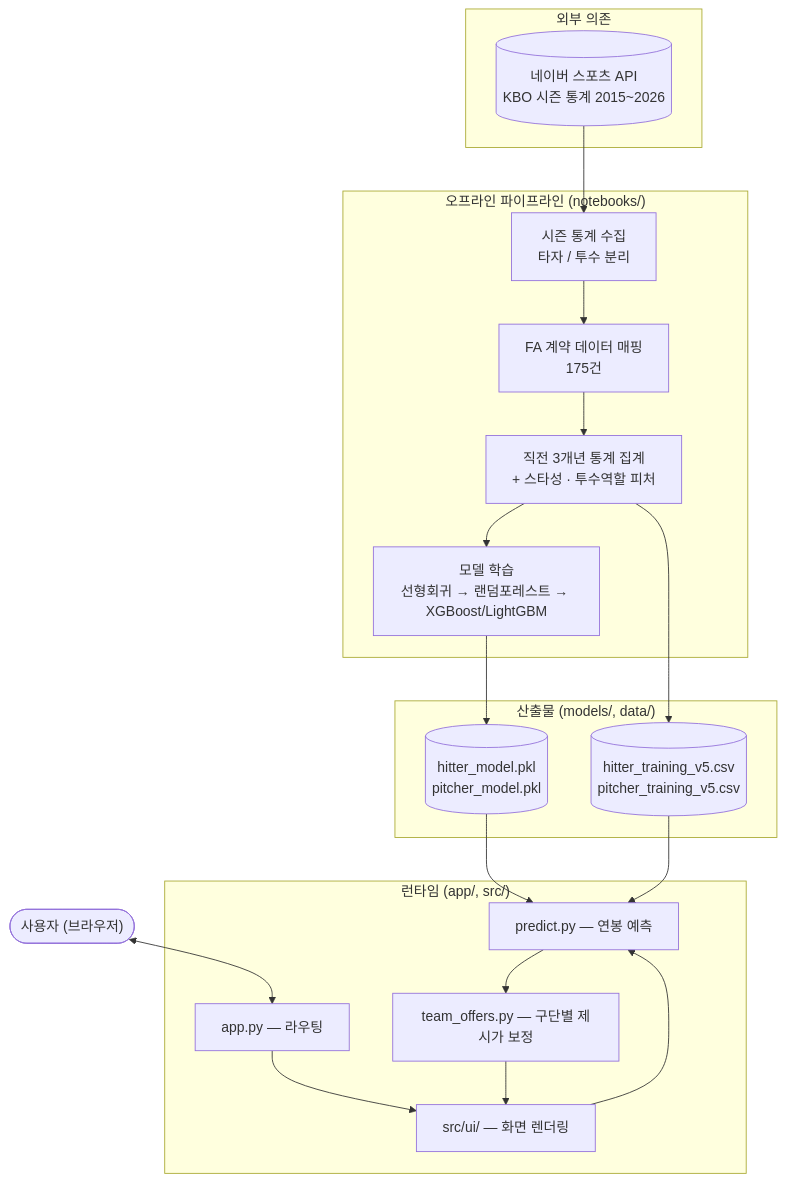
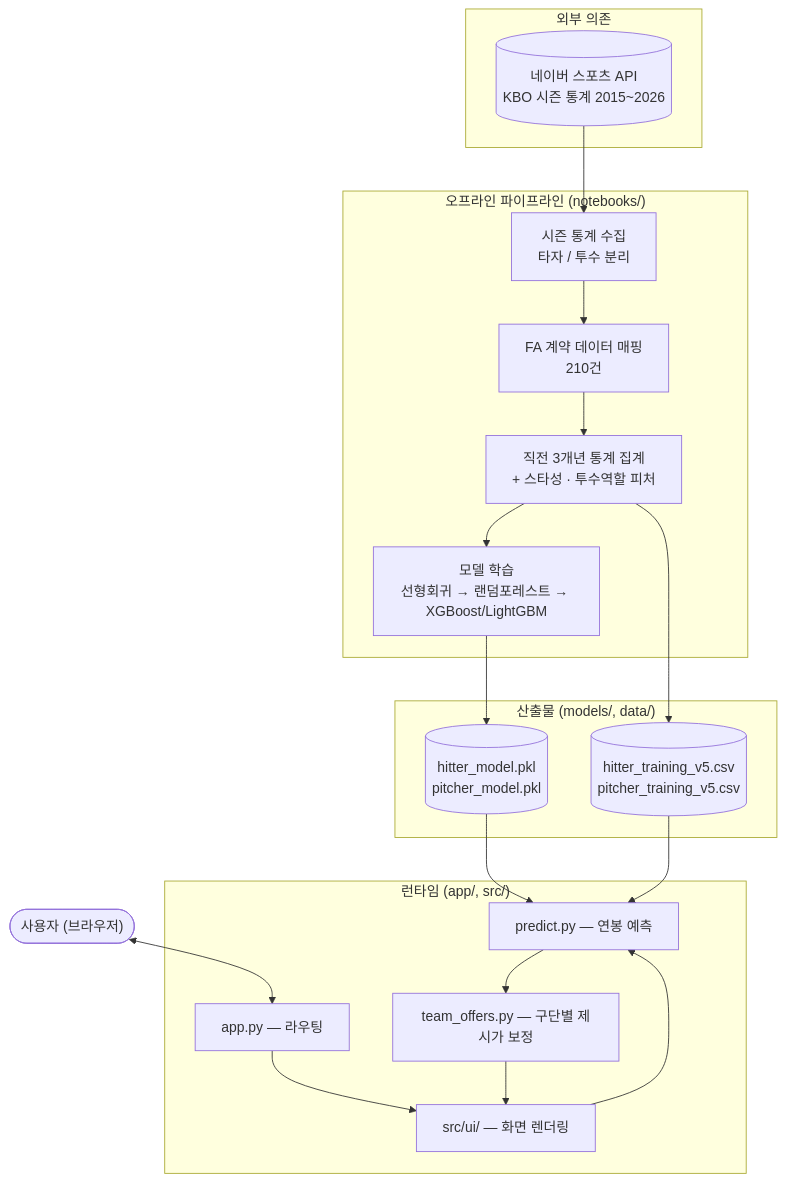
One commit to jjssspark/SalaryCast_AI changed the diagram in README.md. Above: the diagram before and after it, drawn with Mermaid. The commit also changed other lines of this file and 43 other files, not shown here.

````diff
--- a/README.md
+++ b/README.md
@@ -245,36 +251,36 @@
 ```mermaid
 flowchart TD
     subgraph external["외부 의존"]
         naver[("네이버 스포츠 API<br/>KBO 시즌 통계 2015~2026")]
     end
 
     subgraph offline["오프라인 파이프라인 (notebooks/)"]
         collect["시즌 통계 수집<br/>타자 / 투수 분리"]
-        fa["FA 계약 데이터 매핑<br/>175건"]
+        fa["FA 계약 데이터 매핑<br/>210건"]
         agg["직전 3개년 통계 집계<br/>+ 스타성 · 투수역할 피처"]
         train["모델 학습<br/>선형회귀 → 랜덤포레스트 → XGBoost/LightGBM"]
     end
 
     subgraph models["산출물 (models/, data/)"]
         pkl[("hitter_model.pkl<br/>pitcher_model.pkl")]
         csv[("hitter_training_v5.csv<br/>pitcher_training_v5.csv")]
     end
 
     subgraph runtime["런타임 (app/, src/)"]
         app["app.py — 라우팅"]
         predict["predict.py — 연봉 예측"]
         offers["team_offers.py — 구단별 제시가 보정"]
         ui["src/ui/ — 화면 렌더링"]
     end
 
     user(["사용자 (브라우저)"])
 
     naver --> collect --> fa --> agg --> train
     train --> pkl
     agg --> csv
     pkl --> predict
     csv --> predict
     app --> ui
     ui --> predict --> offers --> ui
     user <--> app
 ```
````
